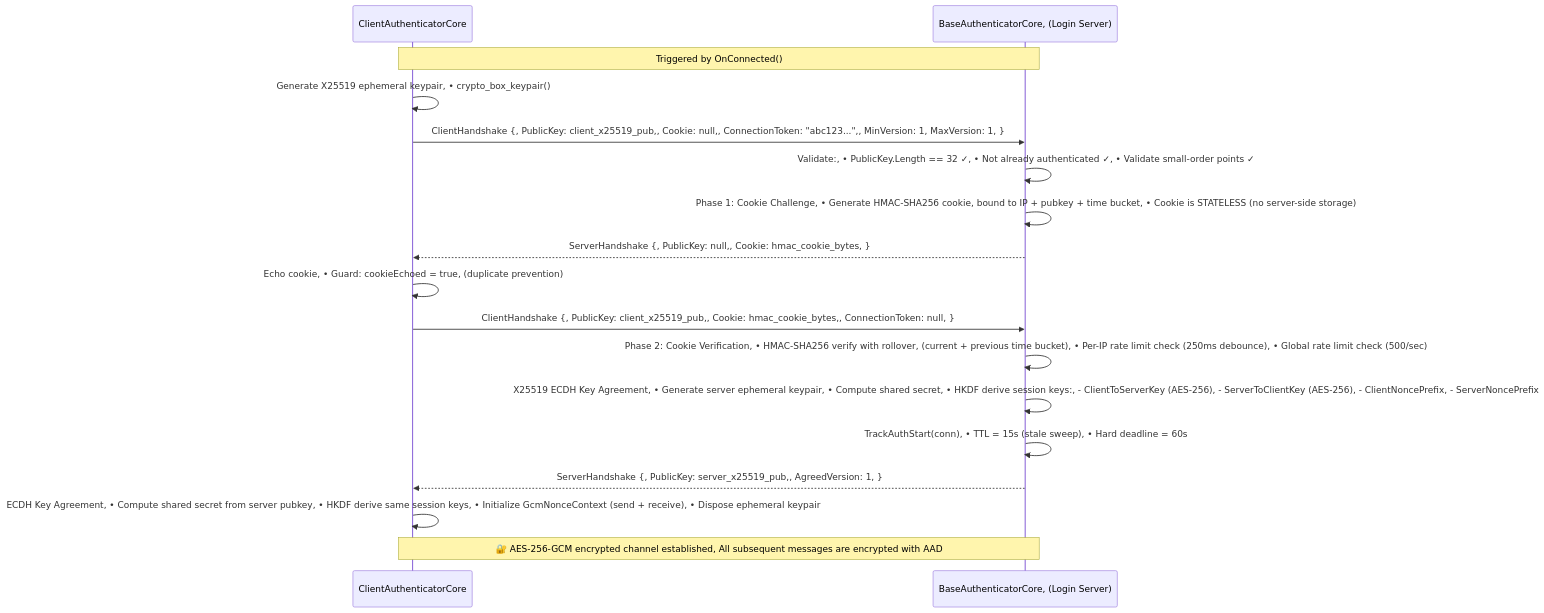
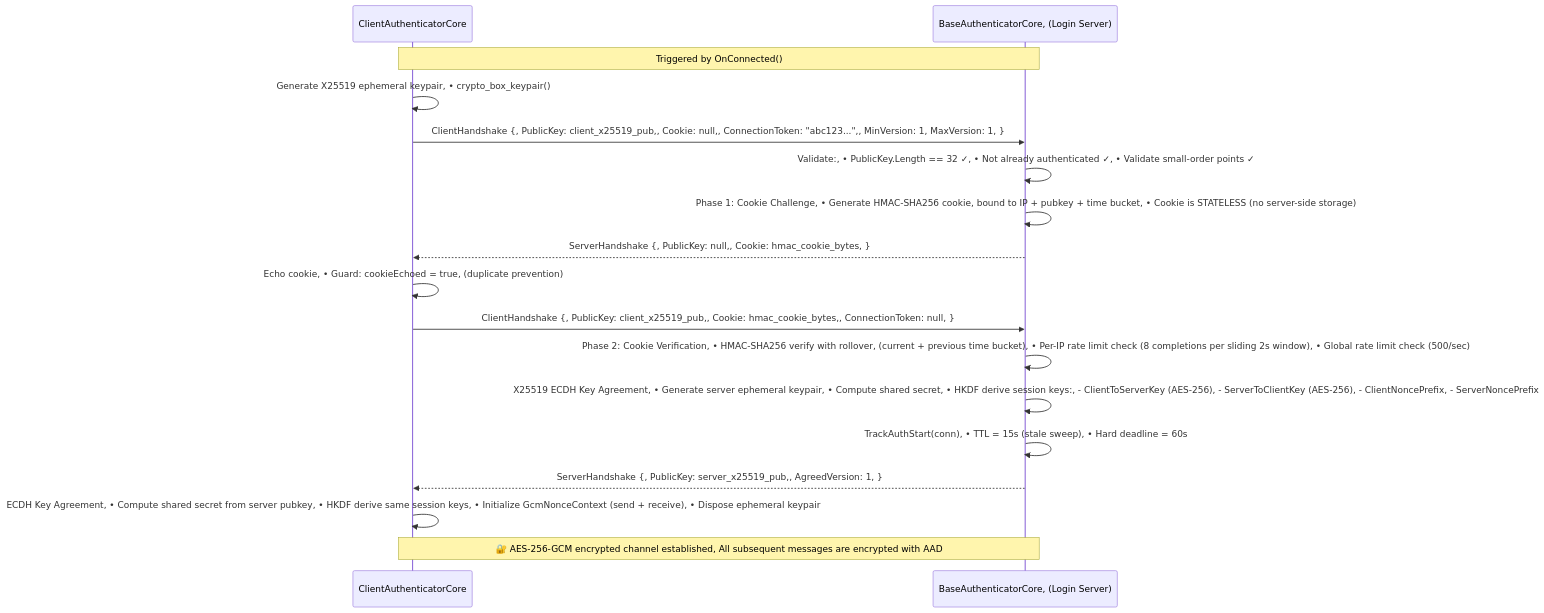
The fourth of 14 diagrams in CONNECTION_PIPELINE.md (jimdroberts/FishMMO), drawn with Mermaid before and after one commit. The commit also changed other lines of this file and 62 other files, not shown here.

````diff
--- a/CONNECTION_PIPELINE.md
+++ b/CONNECTION_PIPELINE.md
@@ -316,33 +324,33 @@
 ```mermaid
 sequenceDiagram
     participant Client as ClientAuthenticatorCore
     participant Server as BaseAuthenticatorCore, (Login Server)
 
     Note over Client,Server: Triggered by OnConnected()
 
     Client->>Client: Generate X25519 ephemeral keypair, • crypto_box_keypair()
 
     Client->>Server: ClientHandshake {,   PublicKey: client_x25519_pub,,   Cookie: null,,   ConnectionToken: "abc123...",,   MinVersion: 1, MaxVersion: 1, }
 
     Server->>Server: Validate:, • PublicKey.Length == 32 ✓, • Not already authenticated ✓, • Validate small-order points ✓
 
     Server->>Server: Phase 1: Cookie Challenge, • Generate HMAC-SHA256 cookie,   bound to IP + pubkey + time bucket, • Cookie is STATELESS (no server-side storage)
 
     Server-->>Client: ServerHandshake {,   PublicKey: null,,   Cookie: hmac_cookie_bytes, }
 
     Client->>Client: Echo cookie, • Guard: cookieEchoed = true, (duplicate prevention)
 
     Client->>Server: ClientHandshake {,   PublicKey: client_x25519_pub,,   Cookie: hmac_cookie_bytes,,   ConnectionToken: null, }
 
-    Server->>Server: Phase 2: Cookie Verification, • HMAC-SHA256 verify with rollover,   (current + previous time bucket), • Per-IP rate limit check (250ms debounce), • Global rate limit check (500/sec)
+    Server->>Server: Phase 2: Cookie Verification, • HMAC-SHA256 verify with rollover,   (current + previous time bucket), • Per-IP rate limit check (8 completions per sliding 2s window), • Global rate limit check (500/sec)
 
     Server->>Server: X25519 ECDH Key Agreement, • Generate server ephemeral keypair, • Compute shared secret, • HKDF derive session keys:,   - ClientToServerKey (AES-256),   - ServerToClientKey (AES-256),   - ClientNoncePrefix,   - ServerNoncePrefix
 
     Server->>Server: TrackAuthStart(conn), • TTL = 15s (stale sweep), • Hard deadline = 60s
 
     Server-->>Client: ServerHandshake {,   PublicKey: server_x25519_pub,,   AgreedVersion: 1, }
 
     Client->>Client: ECDH Key Agreement, • Compute shared secret from server pubkey, • HKDF derive same session keys, • Initialize GcmNonceContext (send + receive), • Dispose ephemeral keypair
 
     Note over Client,Server: 🔐 AES-256-GCM encrypted channel established, All subsequent messages are encrypted with AAD
 ```
````
